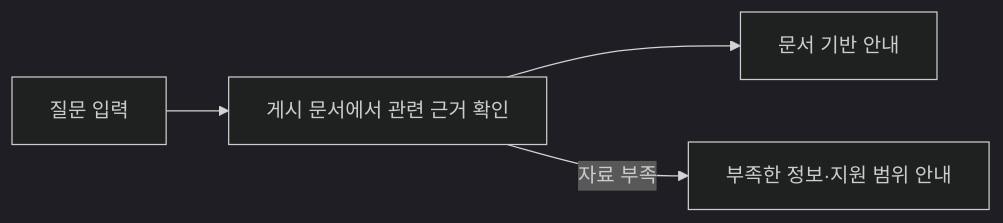
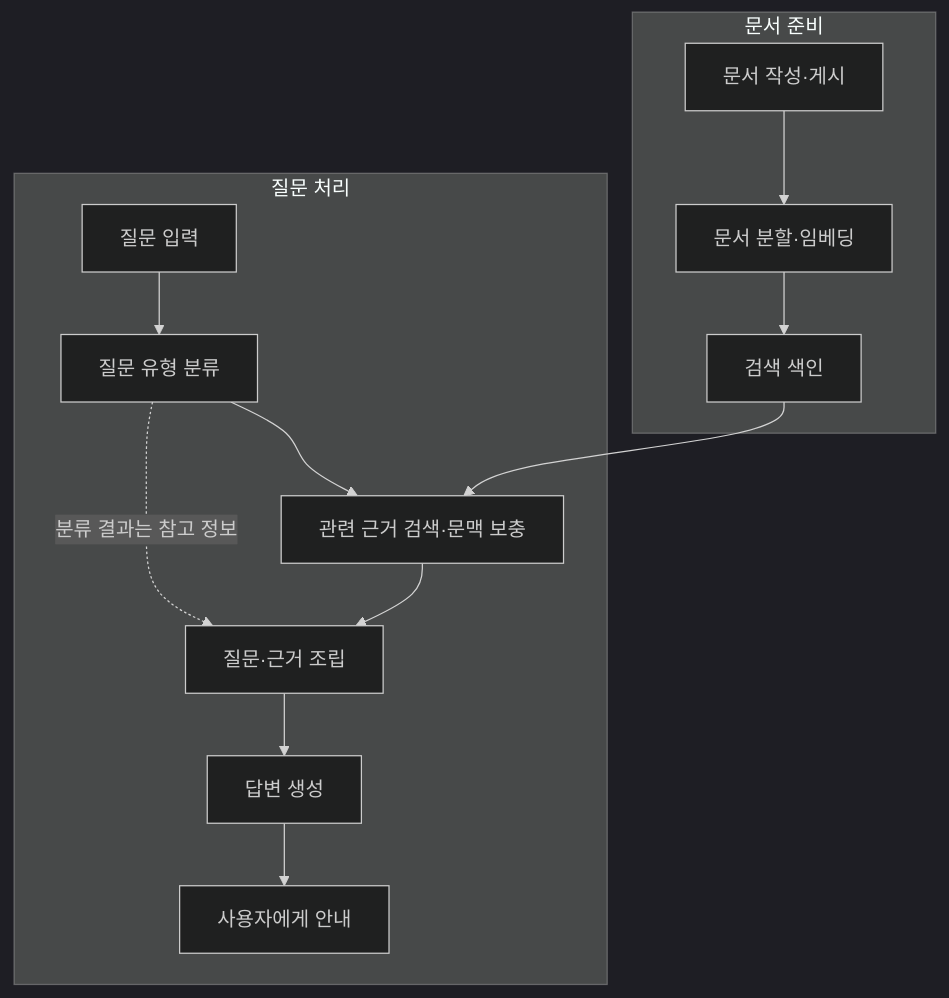
One commit to KANT-2nd-project/sanaebi changed the diagram in README.md. Above: the diagram before and after it, drawn with Mermaid (dark theme). The commit also changed other lines of this file, not shown here.

Commit message:
docs: show current RAG and classification service flow

````diff
--- a/README.md
+++ b/README.md
@@ -32,6 +34,16 @@
 ```mermaid
-flowchart LR
-    Q["질문 입력"] --> D["게시 문서에서 관련 근거 확인"]
-    D --> A["문서 기반 안내"]
-    D -->|"자료 부족"| N["부족한 정보·지원 범위 안내"]
+flowchart TB
+    subgraph PREP["문서 준비"]
+        P["문서 작성·게시"] --> E["문서 분할·임베딩"]
+        E --> X["검색 색인"]
+    end
+    subgraph ASK["질문 처리"]
+        Q["질문 입력"] --> C["질문 유형 분류"]
+        C --> R["관련 근거 검색·문맥 보충"]
+        R --> I["질문·근거 조립"]
+        C -.->|"분류 결과는 참고 정보"| I
+        I --> L["답변 생성"]
+        L --> A["사용자에게 안내"]
+    end
+    X --> R
 ```
````
